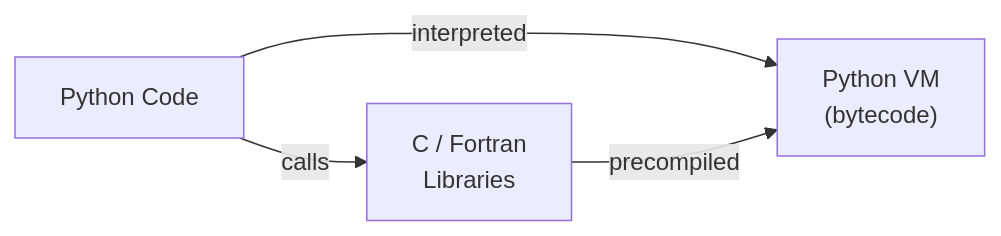
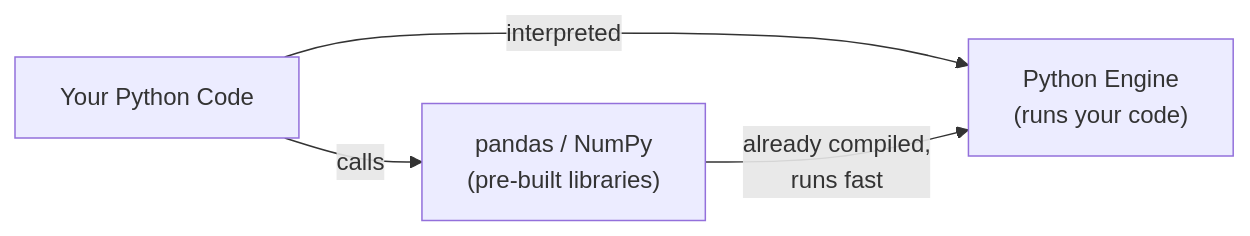
The diagram in slides/python-overview.qmd (kerryback/workshop_python), drawn with Mermaid before and after one commit. The commit also changed other lines of this file and 8 other files, not shown here.

````diff
--- a/slides/python-overview.qmd
+++ b/slides/python-overview.qmd
@@ -68,6 +68,6 @@
 ```{mermaid}
 flowchart LR
-    P["Python Code"] -->|"interpreted"| M["Python VM<br/>(bytecode)"]
-    P -->|"calls"| C["C / Fortran<br/>Libraries"]
-    C -->|"precompiled"| M
+    P["Your Python Code"] -->|"interpreted"| M["Python Engine<br/>(runs your code)"]
+    P -->|"calls"| C["pandas / NumPy<br/>(pre-built libraries)"]
+    C -->|"already compiled,<br/>runs fast"| M
 ```
````
